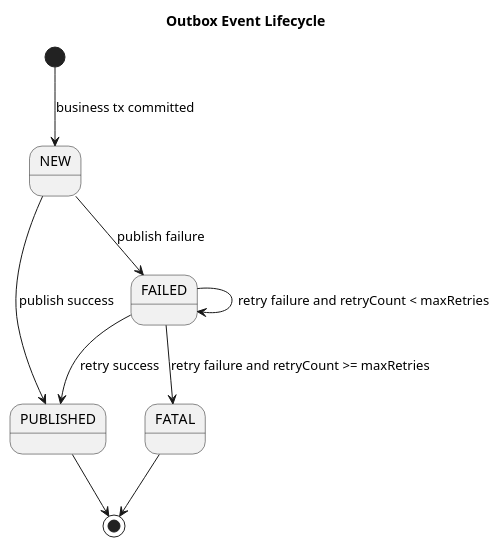
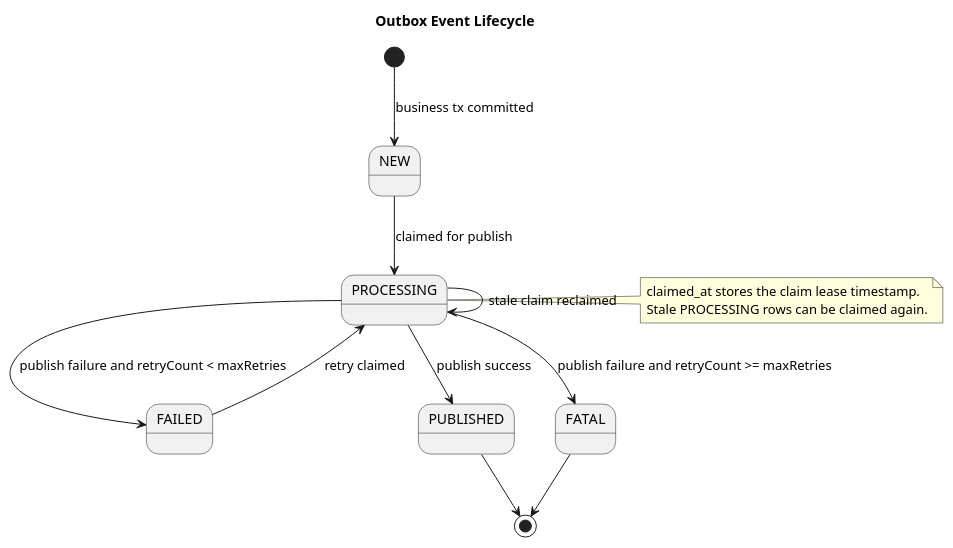
The diagram in architecture/outbox-state.puml (ngnowak/safe-transfer), drawn with PlantUML before and after one commit. The commit also changed 6 other files, not shown here.

```diff
--- a/architecture/outbox-state.puml
+++ b/architecture/outbox-state.puml
@@ -1,16 +1,21 @@
 @startuml
 title Outbox Event Lifecycle
 
 [*] --> NEW : business tx committed
 
-NEW --> PUBLISHED : publish success
-NEW --> FAILED : publish failure
+NEW --> PROCESSING : claimed for publish
+FAILED --> PROCESSING : retry claimed
+PROCESSING --> PROCESSING : stale claim reclaimed
+PROCESSING --> PUBLISHED : publish success
+PROCESSING --> FAILED : publish failure and retryCount < maxRetries
+PROCESSING --> FATAL : publish failure and retryCount >= maxRetries
 
-FAILED --> PUBLISHED : retry success
-FAILED --> FAILED : retry failure and retryCount < maxRetries
-FAILED --> FATAL : retry failure and retryCount >= maxRetries
+note right of PROCESSING
+  claimed_at stores the claim lease timestamp.
+  Stale PROCESSING rows can be claimed again.
+end note
 
 PUBLISHED --> [*]
 FATAL --> [*]
 
 @enduml
```
